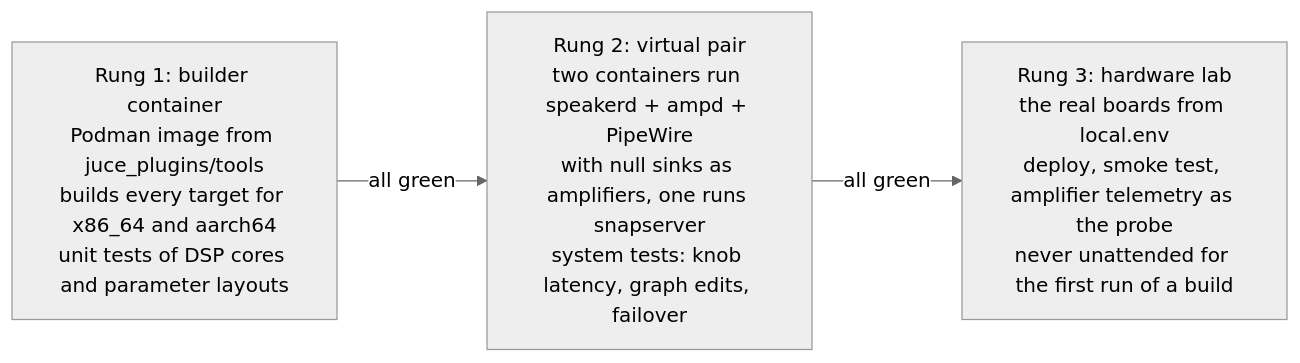
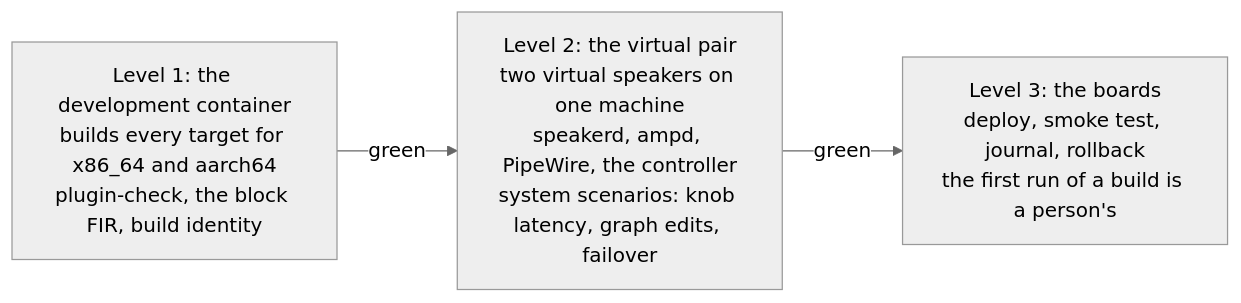
The first of 6 diagrams in docs/autonomous-development.md (AMuszkat/bpi_amp_platform), drawn with Mermaid (neutral theme) before and after one commit. The commit also changed other lines of this file and 28 other files, not shown here.

First line of the commit message:
docs: autonomous-development.md cut to what exists, in a third of the words; the test rungs are now levels

````diff
--- a/docs/autonomous-development.md
+++ b/docs/autonomous-development.md
@@ -21,7 +13,7 @@
 ```mermaid
 flowchart LR
-    dev["Rung 1: builder container<br/>Podman image from juce_plugins/tools<br/>builds every target for x86_64 and aarch64<br/>unit tests of DSP cores and parameter layouts"]
-    vp["Rung 2: virtual pair<br/>two containers run speakerd + ampd + PipeWire<br/>with null sinks as amplifiers, one runs snapserver<br/>system tests: knob latency, graph edits, failover"]
-    hw["Rung 3: hardware lab<br/>the real boards from local.env<br/>deploy, smoke test, amplifier telemetry as the probe<br/>never unattended for the first run of a build"]
-    dev -- "all green" --> vp -- "all green" --> hw
+    dev["Level 1: the development container<br/>builds every target for x86_64 and aarch64<br/>plugin-check, the block FIR, build identity"]
+    vp["Level 2: the virtual pair<br/>two virtual speakers on one machine<br/>speakerd, ampd, PipeWire, the controller<br/>system scenarios: knob latency, graph edits, failover"]
+    hw["Level 3: the boards<br/>deploy, smoke test, journal, rollback<br/>the first run of a build is a person's"]
+    dev -- "green" --> vp -- "green" --> hw
 ```
````
